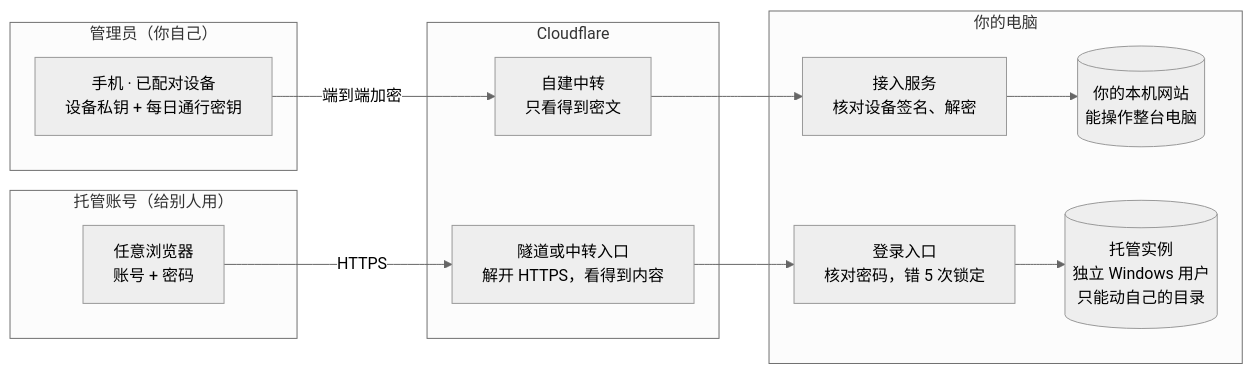
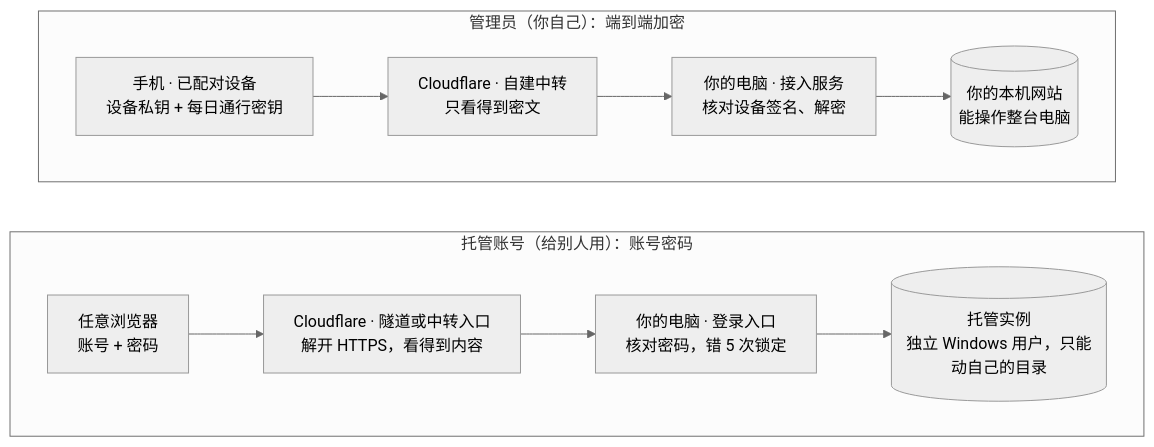
One commit to huyan1458/ai_co_discuss changed the second of 2 diagrams in README.zh-CN.md. Above: the diagram before and after it, drawn with Mermaid (neutral theme). The commit also changed other lines of this file and 1 other file, not shown here.

Commit message:
docs(readme): 简化工作原理示意图，按消息流程标注步骤

````diff
--- a/README.zh-CN.md
+++ b/README.zh-CN.md
@@ -119,21 +116,12 @@
 ```mermaid
-flowchart LR
-    subgraph ADMIN["管理员（你自己）"]
-        P["手机 · 已配对设备<br>设备私钥 + 每日通行密钥"]
+flowchart TB
+    subgraph ADMIN["管理员（你自己）：端到端加密"]
+        direction LR
+        P["手机 · 已配对设备<br>设备私钥 + 每日通行密钥"] --> C["Cloudflare · 自建中转<br>只看得到密文"] --> R["你的电脑 · 接入服务<br>核对设备签名、解密"] --> O[("你的本机网站<br>能操作整台电脑")]
     end
-    subgraph GUEST["托管账号（给别人用）"]
-        G["任意浏览器<br>账号 + 密码"]
+    subgraph GUEST["托管账号（给别人用）：账号密码"]
+        direction LR
+        G["任意浏览器<br>账号 + 密码"] --> T["Cloudflare · 隧道或中转入口<br>解开 HTTPS，看得到内容"] --> L["你的电脑 · 登录入口<br>核对密码，错 5 次锁定"] --> H[("托管实例<br>独立 Windows 用户，只能动自己的目录")]
     end
-    subgraph CF["Cloudflare"]
-        C["自建中转<br>只看得到密文"]
-        T["隧道或中转入口<br>解开 HTTPS，看得到内容"]
-    end
-    subgraph PC["你的电脑"]
-        R["接入服务<br>核对设备签名、解密"]
-        O[("你的本机网站<br>能操作整台电脑")]
-        L["登录入口<br>核对密码，错 5 次锁定"]
-        H[("托管实例<br>独立 Windows 用户<br>只能动自己的目录")]
-    end
-    P -- 端到端加密 --> C --> R --> O
-    G -- HTTPS --> T --> L --> H
+    ADMIN ~~~ GUEST
 ```
````
